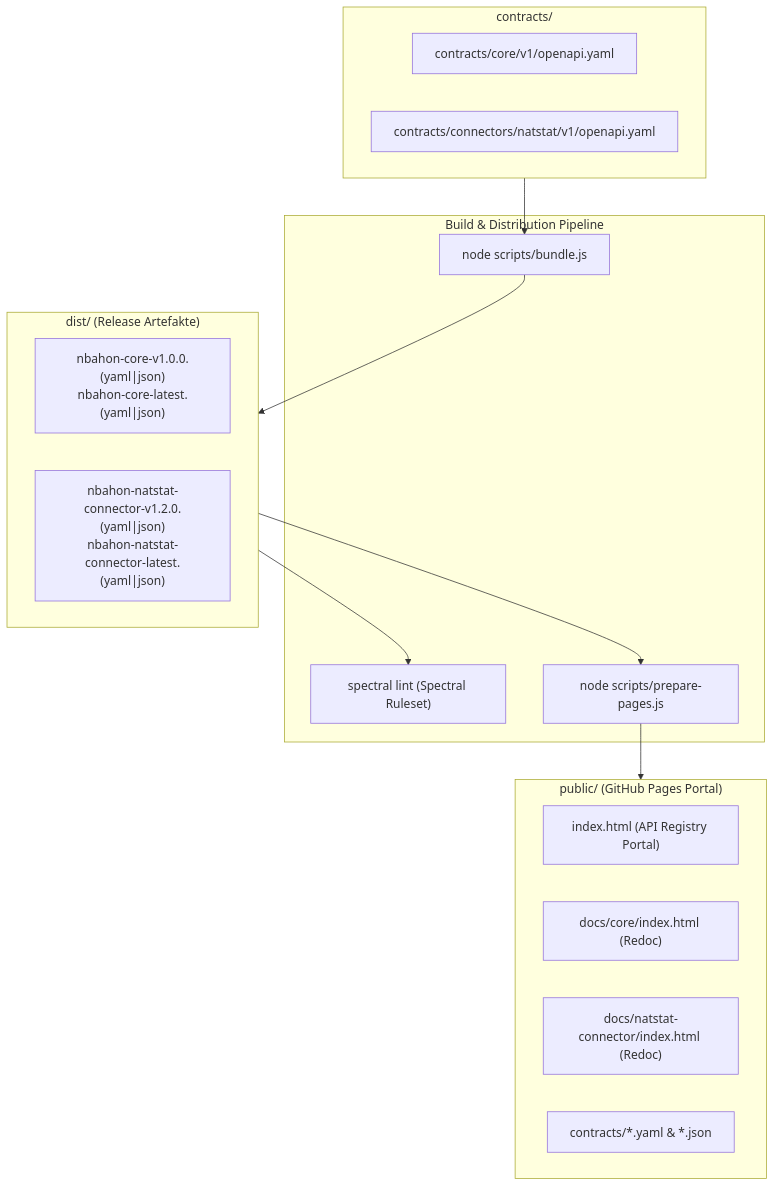
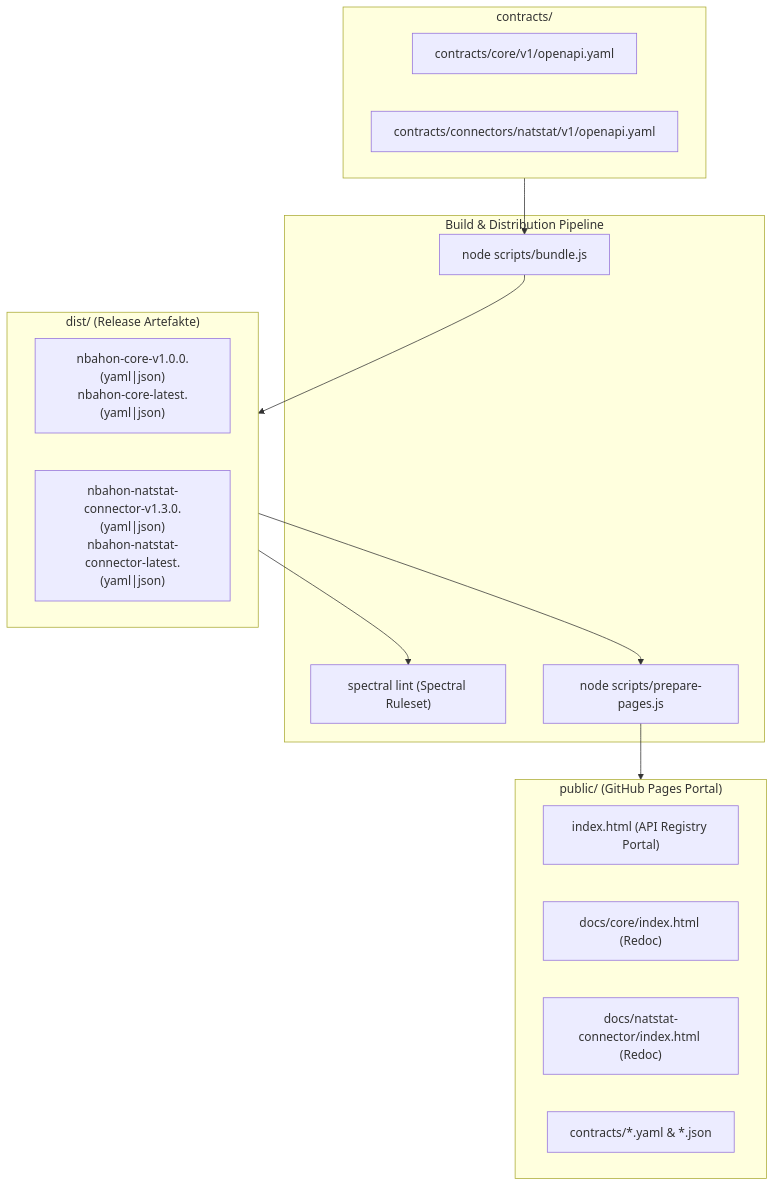
The diagram in PROTOKOLL.md (Olleritsch/app-nbahon-contracts), drawn with Mermaid before and after one commit. The commit also changed other lines of this file and 3 other files, not shown here.

Commit message:
feat(natstat): bump natstat-connector to v1.3.0 and simplify Game and Team schemas

````diff
--- a/PROTOKOLL.md
+++ b/PROTOKOLL.md
@@ -68,31 +68,31 @@
 ```mermaid
 flowchart TD
     subgraph Repositories["contracts/"]
         CoreSpec["contracts/core/v1/openapi.yaml"]
         NatstatSpec["contracts/connectors/natstat/v1/openapi.yaml"]
     end
 
     subgraph BuildPipeline["Build & Distribution Pipeline"]
         Bundle["node scripts/bundle.js"]
         Lint["spectral lint (Spectral Ruleset)"]
         PagesPrep["node scripts/prepare-pages.js"]
     end
 
     subgraph DistOutput["dist/ (Release Artefakte)"]
         DistCore["nbahon-core-v1.0.0.(yaml|json)<br/>nbahon-core-latest.(yaml|json)"]
-        DistNat["nbahon-natstat-connector-v1.2.0.(yaml|json)<br/>nbahon-natstat-connector-latest.(yaml|json)"]
+        DistNat["nbahon-natstat-connector-v1.3.0.(yaml|json)<br/>nbahon-natstat-connector-latest.(yaml|json)"]
     end
 
     subgraph PagesOutput["public/ (GitHub Pages Portal)"]
         IndexHtml["index.html (API Registry Portal)"]
         DocsCore["docs/core/index.html (Redoc)"]
         DocsNat["docs/natstat-connector/index.html (Redoc)"]
         ContractsDown["contracts/*.yaml & *.json"]
     end
 
     Repositories --> Bundle
     Bundle --> DistOutput
     DistOutput --> Lint
     DistOutput --> PagesPrep
     PagesPrep --> PagesOutput
 ```
````
